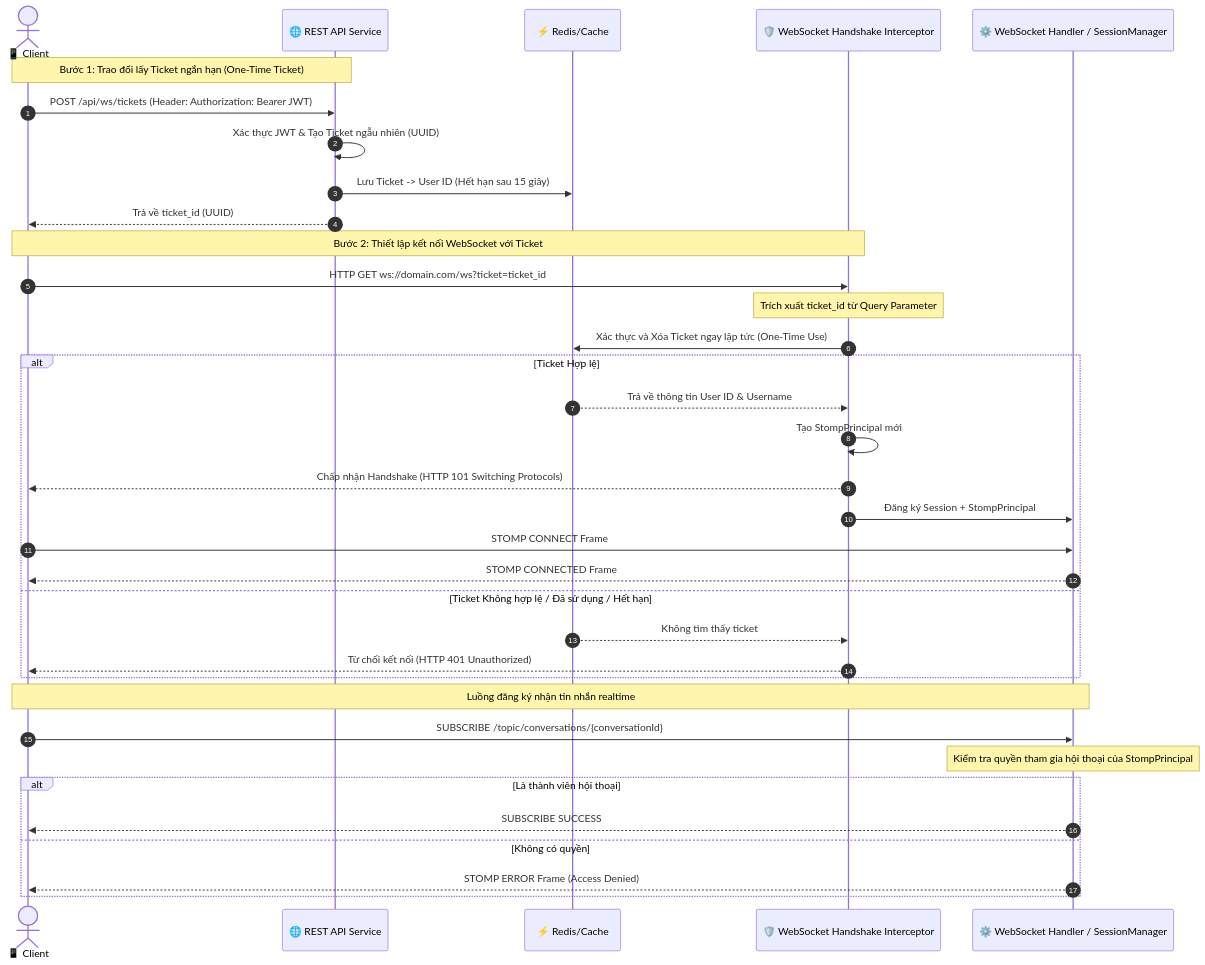
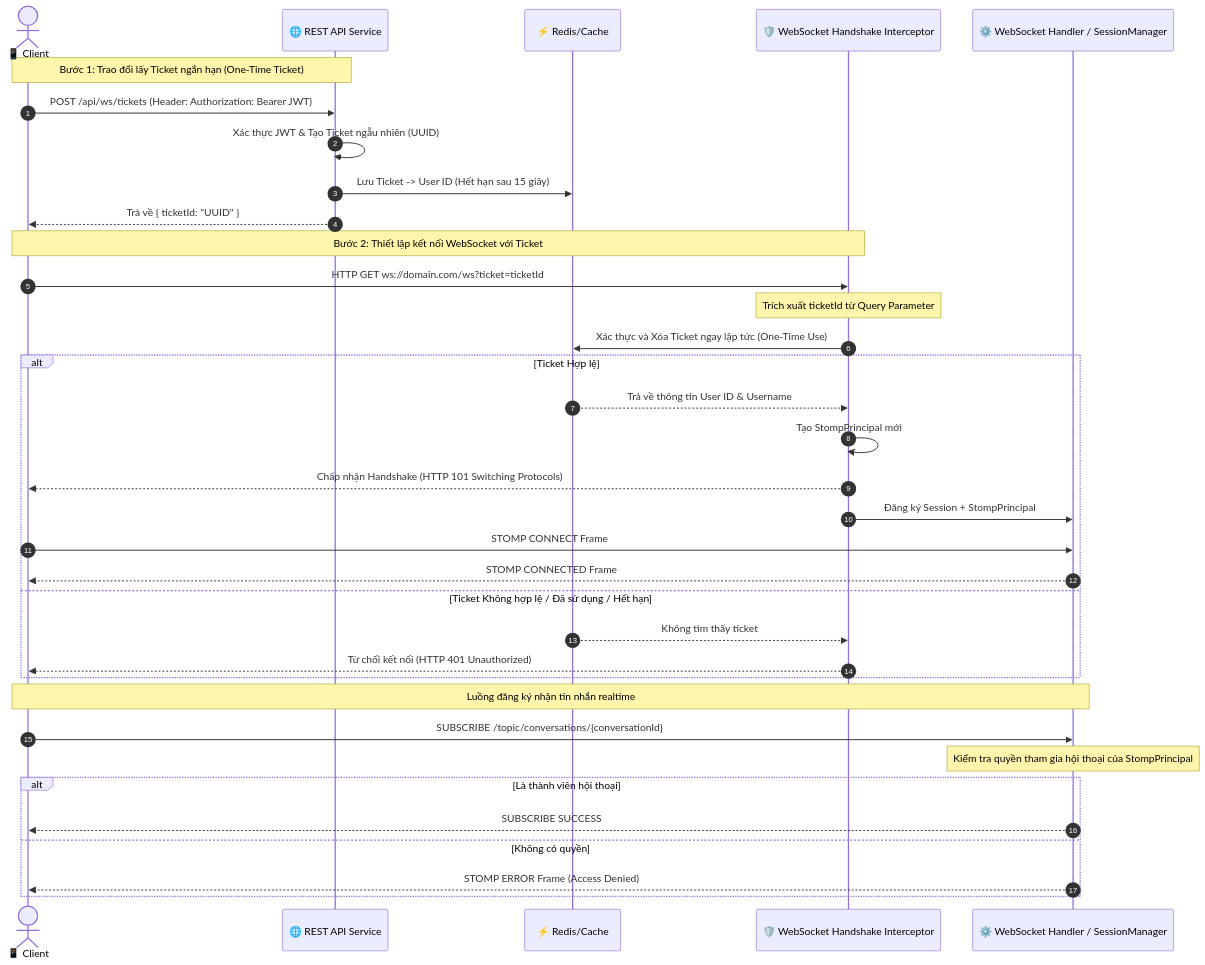
One commit to VUVANQUANIT/NexChat changed the diagram in docs/diagrams/websocket_stomp_flow.mmd. Above: the diagram before and after it, drawn with Mermaid. The commit also changed 9 other files, not shown here.

First line of the commit message:
fix(docs): resolve architecture review issues - idempotency, ERD, camelCase

```diff
--- a/docs/diagrams/websocket_stomp_flow.mmd
+++ b/docs/diagrams/websocket_stomp_flow.mmd
@@ -1,38 +1,38 @@
 sequenceDiagram
     autonumber
     actor Client as 📱 Client
     participant API as 🌐 REST API Service
     participant Cache as ⚡ Redis/Cache
     participant Interceptor as 🛡️ WebSocket Handshake Interceptor
     participant Manager as ⚙️ WebSocket Handler / SessionManager
     
     Note over Client, API: Bước 1: Trao đổi lấy Ticket ngắn hạn (One-Time Ticket)
     Client->>API: POST /api/ws/tickets (Header: Authorization: Bearer JWT)
     API->>API: Xác thực JWT & Tạo Ticket ngẫu nhiên (UUID)
     API->>Cache: Lưu Ticket -> User ID (Hết hạn sau 15 giây)
-    API-->>Client: Trả về ticket_id (UUID)
+    API-->>Client: Trả về { ticketId: "UUID" }
     
     Note over Client, Interceptor: Bước 2: Thiết lập kết nối WebSocket với Ticket
-    Client->>Interceptor: HTTP GET ws://domain.com/ws?ticket=ticket_id
-    Note over Interceptor: Trích xuất ticket_id từ Query Parameter
+    Client->>Interceptor: HTTP GET ws://domain.com/ws?ticket=ticketId
+    Note over Interceptor: Trích xuất ticketId từ Query Parameter
     Interceptor->>Cache: Xác thực và Xóa Ticket ngay lập tức (One-Time Use)
     alt Ticket Hợp lệ
         Cache-->>Interceptor: Trả về thông tin User ID & Username
         Interceptor->>Interceptor: Tạo StompPrincipal mới
         Interceptor-->>Client: Chấp nhận Handshake (HTTP 101 Switching Protocols)
         Interceptor->>Manager: Đăng ký Session + StompPrincipal
         Client->>Manager: STOMP CONNECT Frame
         Manager-->>Client: STOMP CONNECTED Frame
     else Ticket Không hợp lệ / Đã sử dụng / Hết hạn
         Cache-->>Interceptor: Không tìm thấy ticket
         Interceptor-->>Client: Từ chối kết nối (HTTP 401 Unauthorized)
     end
     
     Note over Client, Manager: Luồng đăng ký nhận tin nhắn realtime
     Client->>Manager: SUBSCRIBE /topic/conversations/{conversationId}
     Note over Manager: Kiểm tra quyền tham gia hội thoại của StompPrincipal
     alt Là thành viên hội thoại
         Manager-->>Client: SUBSCRIBE SUCCESS
     else Không có quyền
         Manager-->>Client: STOMP ERROR Frame (Access Denied)
     end
```
